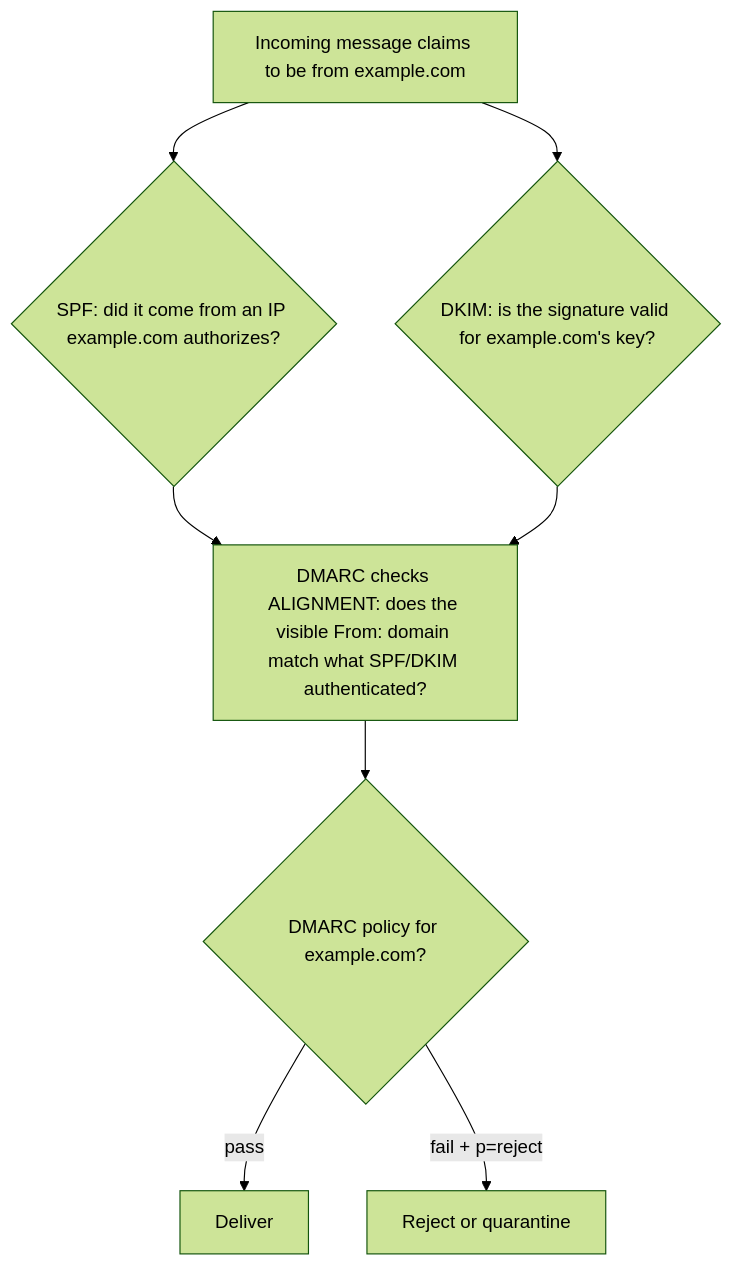
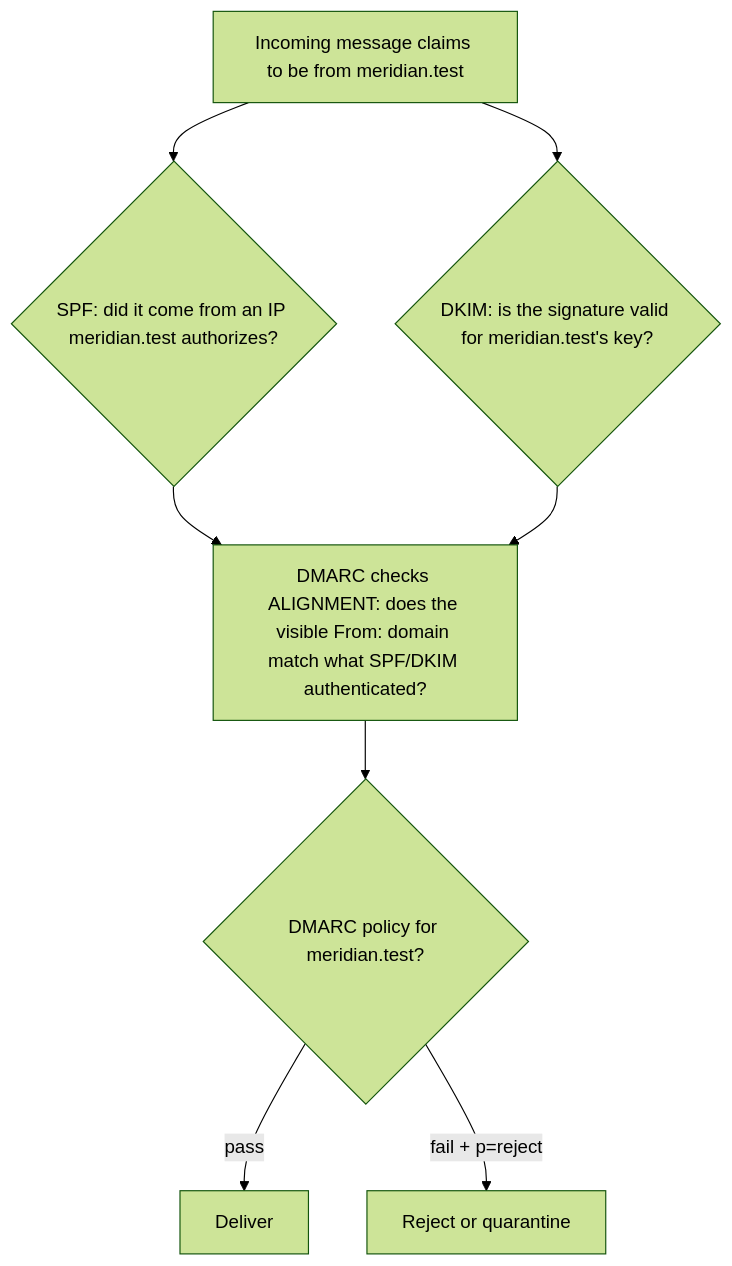
The diagram in Networking/Core Network Services/Email Transport Protocols.md (nnr-root/cybersec-crook2root-notes), drawn with Mermaid (forest theme) before and after one commit. The commit also changed other lines of this file and 6 other files, not shown here.

````diff
--- a/Networking/Core Network Services/Email Transport Protocols.md
+++ b/Networking/Core Network Services/Email Transport Protocols.md
@@ -81,10 +81,10 @@
 ```mermaid
 flowchart TB
-    M["Incoming message claims to be from example.com"] --> SPF{"SPF: did it come from an IP example.com authorizes?"}
-    M --> DKIM{"DKIM: is the signature valid for example.com's key?"}
+    M["Incoming message claims to be from meridian.test"] --> SPF{"SPF: did it come from an IP meridian.test authorizes?"}
+    M --> DKIM{"DKIM: is the signature valid for meridian.test's key?"}
     SPF --> ALIGN["DMARC checks ALIGNMENT: does the visible From: domain match what SPF/DKIM authenticated?"]
     DKIM --> ALIGN
-    ALIGN --> POL{"DMARC policy for example.com?"}
+    ALIGN --> POL{"DMARC policy for meridian.test?"}
     POL -->|"pass"| DELIVER["Deliver"]
     POL -->|"fail + p=reject"| REJECT["Reject or quarantine"]
 ```
````
